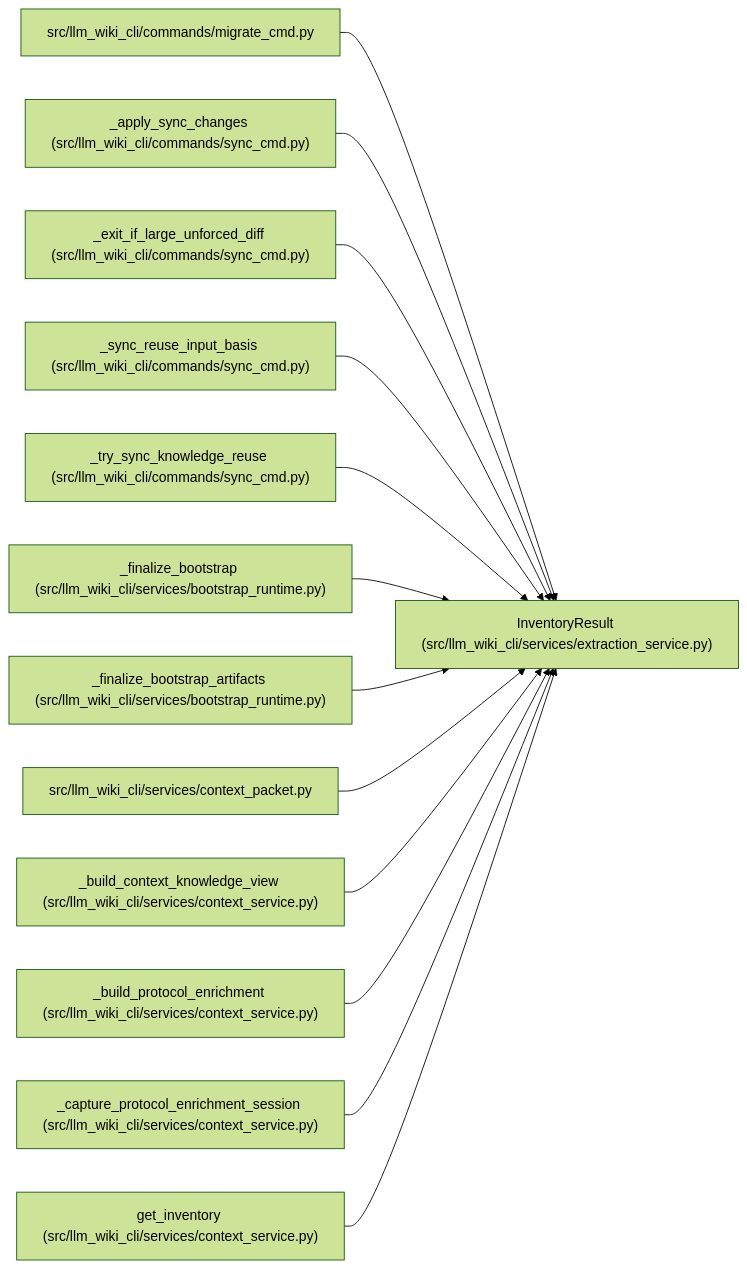
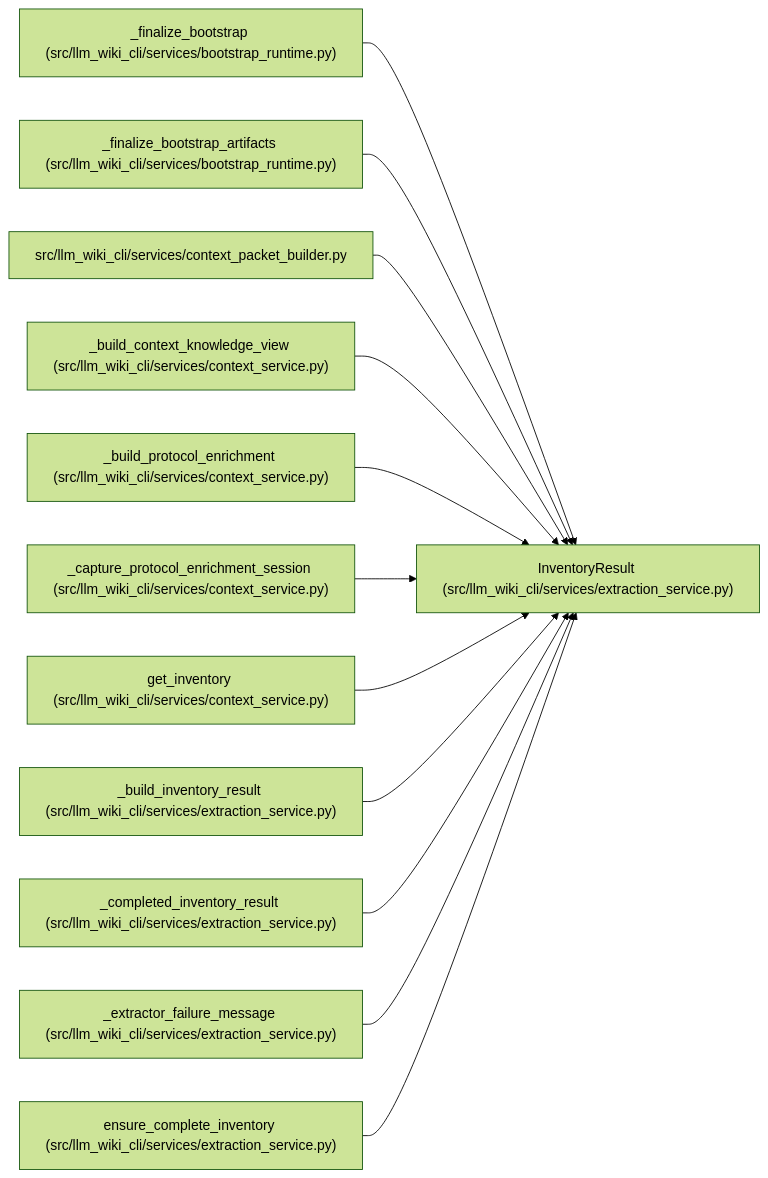
The diagram in docs/llm_wiki/entities/InventoryResult.md (Denissvgn/python-wiki-llm), drawn with Mermaid (forest theme) before and after one commit. The commit also changed other lines of this file and 1555 other files, not shown here.

````diff
--- a/docs/llm_wiki/entities/InventoryResult.md
+++ b/docs/llm_wiki/entities/InventoryResult.md
@@ -52,41 +52,38 @@
 ```mermaid
 flowchart LR
     n0["InventoryResult (src/llm_wiki_cli/services/extraction_service.py)"]
-    n1["src/llm_wiki_cli/commands/migrate_cmd.py"]
-    n2["_apply_sync_changes (src/llm_wiki_cli/commands/sync_cmd.py)"]
-    n3["_exit_if_large_unforced_diff (src/llm_wiki_cli/commands/sync_cmd.py)"]
-    n4["_sync_reuse_input_basis (src/llm_wiki_cli/commands/sync_cmd.py)"]
-    n5["_try_sync_knowledge_reuse (src/llm_wiki_cli/commands/sync_cmd.py)"]
-    n6["_finalize_bootstrap (src/llm_wiki_cli/services/bootstrap_runtime.py)"]
-    n7["_finalize_bootstrap_artifacts (src/llm_wiki_cli/services/bootstrap_runtime.py)"]
-    n8["src/llm_wiki_cli/services/context_packet.py"]
-    n9["_build_context_knowledge_view (src/llm_wiki_cli/services/context_service.py)"]
-    n10["_build_protocol_enrichment (src/llm_wiki_cli/services/context_service.py)"]
-    n11["_capture_protocol_enrichment_session (src/llm_wiki_cli/services/context_service.py)"]
-    n12["get_inventory (src/llm_wiki_cli/services/context_service.py)"]
+    n1["_finalize_bootstrap (src/llm_wiki_cli/services/bootstrap_runtime.py)"]
+    n2["_finalize_bootstrap_artifacts (src/llm_wiki_cli/services/bootstrap_runtime.py)"]
+    n3["src/llm_wiki_cli/services/context_packet_builder.py"]
+    n4["_build_context_knowledge_view (src/llm_wiki_cli/services/context_service.py)"]
+    n5["_build_protocol_enrichment (src/llm_wiki_cli/services/context_service.py)"]
+    n6["_capture_protocol_enrichment_session (src/llm_wiki_cli/services/context_service.py)"]
+    n7["get_inventory (src/llm_wiki_cli/services/context_service.py)"]
+    n8["_build_inventory_result (src/llm_wiki_cli/services/extraction_service.py)"]
+    n9["_completed_inventory_result (src/llm_wiki_cli/services/extraction_service.py)"]
+    n10["_extractor_failure_message (src/llm_wiki_cli/services/extraction_service.py)"]
+    n11["ensure_complete_inventory (src/llm_wiki_cli/services/extraction_service.py)"]
     n1 --> n0
     n2 --> n0
     n3 --> n0
     n4 --> n0
     n5 --> n0
     n6 --> n0
     n7 --> n0
     n8 --> n0
     n9 --> n0
     n10 --> n0
     n11 --> n0
-    n12 --> n0
     click n0 "../modules/extraction_service.md"
-    click n1 "../modules/migrate_cmd.md"
-    click n2 "../modules/sync_cmd.md"
-    click n3 "../modules/sync_cmd.md"
-    click n4 "../modules/sync_cmd.md"
-    click n5 "../modules/sync_cmd.md"
-    click n6 "../modules/bootstrap_runtime.md"
-    click n7 "../modules/bootstrap_runtime.md"
-    click n8 "../modules/context_packet.md"
-    click n9 "../modules/context_service.md"
-    click n10 "../modules/context_service.md"
-    click n11 "../modules/context_service.md"
-    click n12 "../modules/context_service.md"
+    click n1 "../modules/bootstrap_runtime.md"
+    click n2 "../modules/bootstrap_runtime.md"
+    click n3 "../modules/context_packet_builder.md"
+    click n4 "../modules/context_service.md"
+    click n5 "../modules/context_service.md"
+    click n6 "../modules/context_service.md"
+    click n7 "../modules/context_service.md"
+    click n8 "../modules/extraction_service.md"
+    click n9 "../modules/extraction_service.md"
+    click n10 "../modules/extraction_service.md"
+    click n11 "../modules/extraction_service.md"
 ```
````
